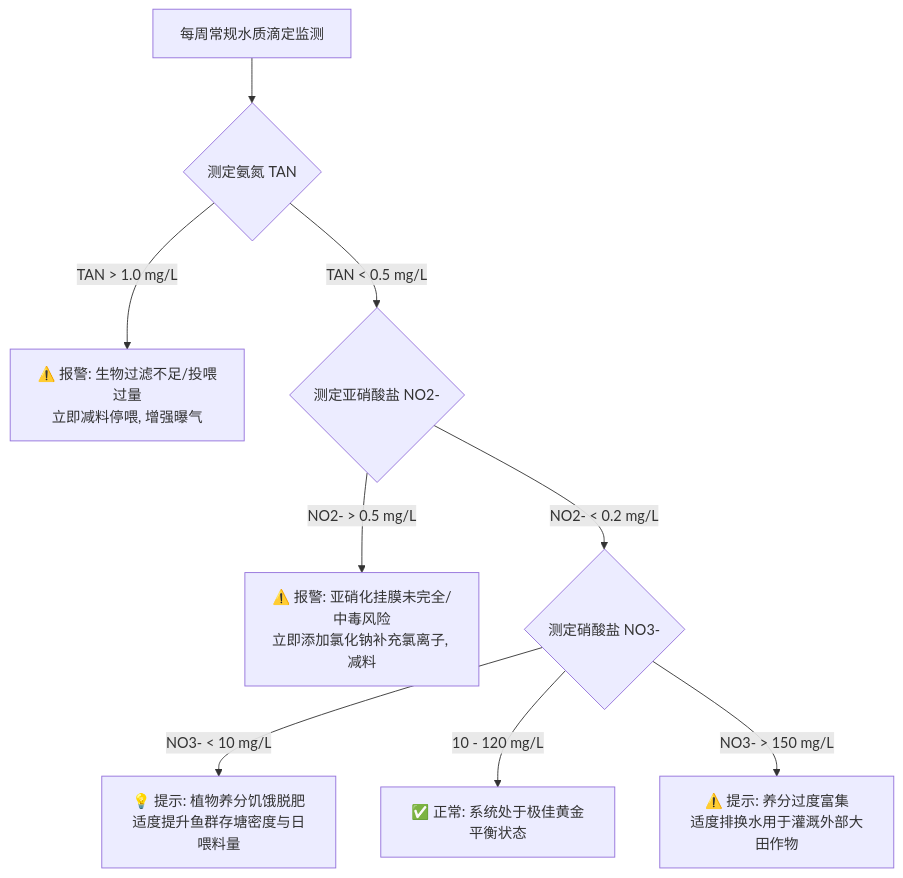
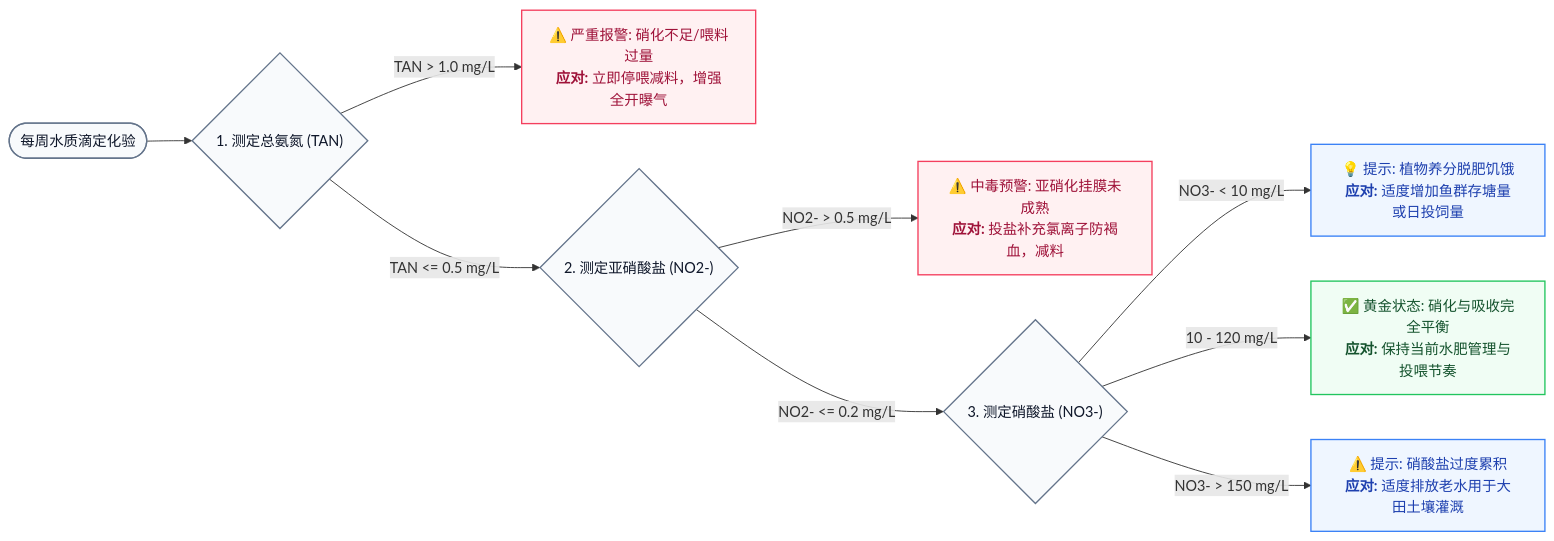
Before and after one commit to digitalboy/aquaponics: the third of 3 diagrams in docs/06_fao_manual_589/02_ch02_understanding_aquaponics.md, drawn with Mermaid. The commit also changed other lines of this file and 2 other files, not shown here.

````diff
--- a/docs/06_fao_manual_589/02_ch02_understanding_aquaponics.md
+++ b/docs/06_fao_manual_589/02_ch02_understanding_aquaponics.md
@@ -218,13 +239,24 @@
 ```mermaid
-flowchart TD
-    Start[每周常规水质滴定监测] --> TAN{测定氨氮 TAN}
-    TAN -->|TAN > 1.0 mg/L| ActA[⚠️ 报警: 生物过滤不足/投喂过量\n立即减料停喂, 增强曝气]
-    TAN -->|TAN < 0.5 mg/L| NO2{测定亚硝酸盐 NO2-}
+flowchart LR
+    Start([每周水质滴定化验]) --> TAN{"1. 测定总氨氮 (TAN)"}
     
-    NO2 -->|NO2- > 0.5 mg/L| ActB[⚠️ 报警: 亚硝化挂膜未完全/中毒风险\n立即添加氯化钠补充氯离子, 减料]
-    NO2 -->|NO2- < 0.2 mg/L| NO3{测定硝酸盐 NO3-}
+    TAN -->|TAN > 1.0 mg/L| ActA["⚠️ 严重报警: 硝化不足/喂料过量<br/><b>应对:</b> 立即停喂减料，增强全开曝气"]
+    TAN -->|TAN <= 0.5 mg/L| NO2{"2. 测定亚硝酸盐 (NO2-)"}
     
-    NO3 -->|NO3- < 10 mg/L| ActC[💡 提示: 植物养分饥饿脱肥\n适度提升鱼群存塘密度与日喂料量]
-    NO3 -->|10 - 120 mg/L| ActD[✅ 正常: 系统处于极佳黄金平衡状态]
-    NO3 -->|NO3- > 150 mg/L| ActE[⚠️ 提示: 养分过度富集\n适度排换水用于灌溉外部大田作物]
+    NO2 -->|NO2- > 0.5 mg/L| ActB["⚠️ 中毒预警: 亚硝化挂膜未成熟<br/><b>应对:</b> 投盐补充氯离子防褐血，减料"]
+    NO2 -->|NO2- <= 0.2 mg/L| NO3{"3. 测定硝酸盐 (NO3-)"}
+    
+    NO3 -->|NO3- < 10 mg/L| ActC["💡 提示: 植物养分脱肥饥饿<br/><b>应对:</b> 适度增加鱼群存塘量或日投饲量"]
+    NO3 -->|10 - 120 mg/L| ActD["✅ 黄金状态: 硝化与吸收完全平衡<br/><b>应对:</b> 保持当前水肥管理与投喂节奏"]
+    NO3 -->|NO3- > 150 mg/L| ActE["⚠️ 提示: 硝酸盐过度累积<br/><b>应对:</b> 适度排放老水用于大田土壤灌溉"]
+
+    classDef alert fill:#fff1f2,stroke:#f43f5e,stroke-width:1.5px,color:#9f1239;
+    classDef success fill:#f0fdf4,stroke:#22c55e,stroke-width:1.5px,color:#14532d;
+    classDef note fill:#eff6ff,stroke:#3b82f6,stroke-width:1.5px,color:#1e40af;
+    classDef test fill:#f8fafc,stroke:#64748b,stroke-width:1.5px,color:#0f172a;
+    
+    class ActA,ActB alert;
+    class ActD success;
+    class ActC,ActE note;
+    class TAN,NO2,NO3,Start test;
 ```
````
